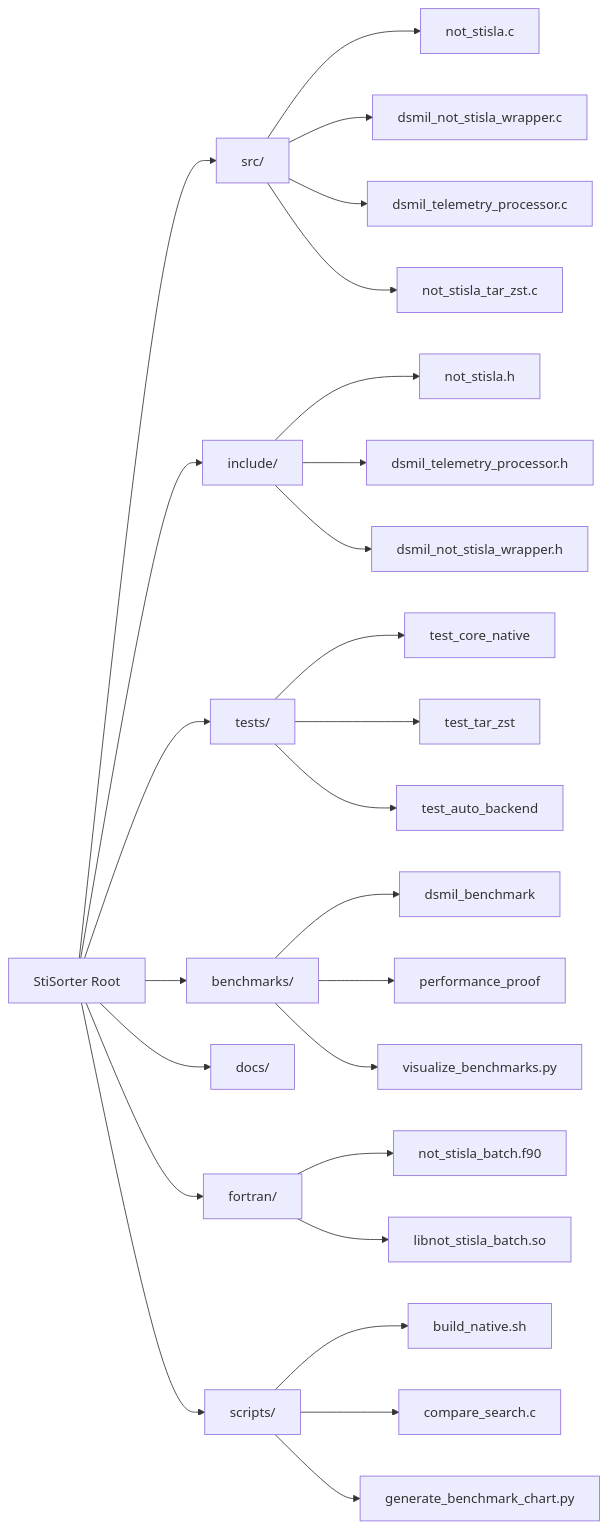
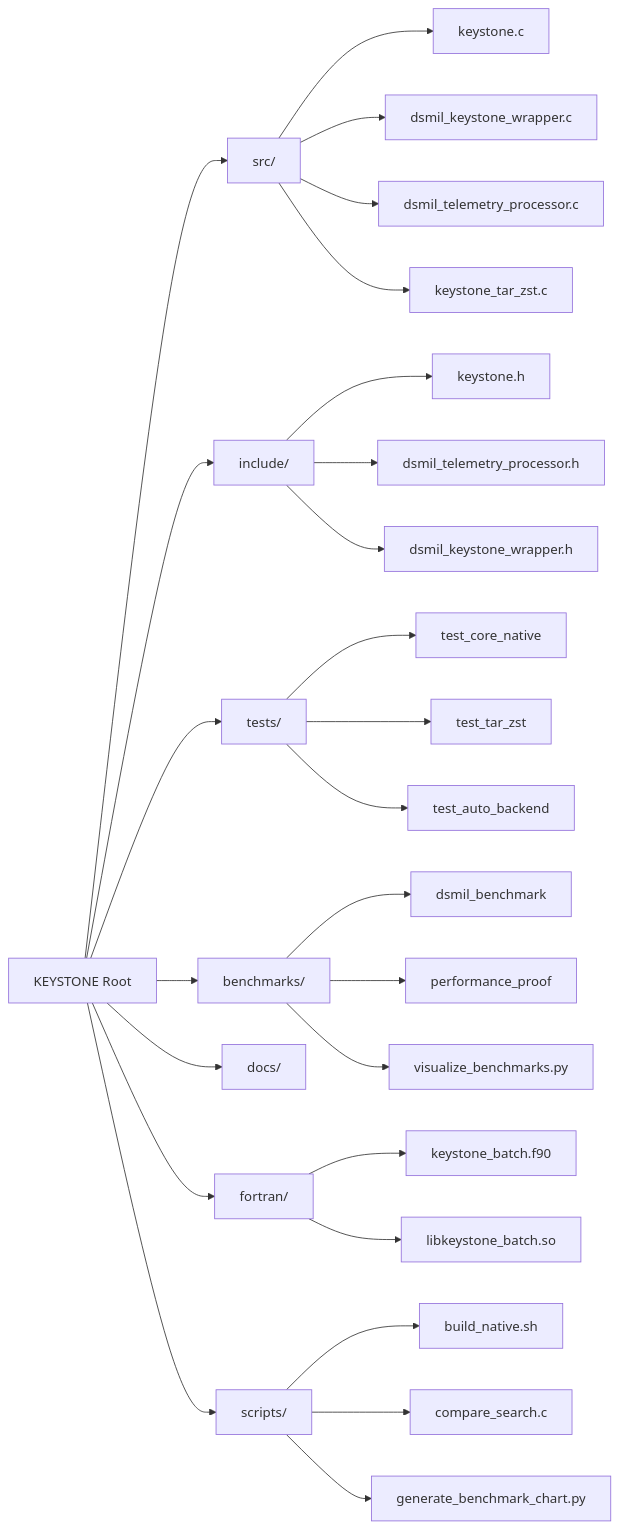
One commit to SWORDIntel/KEYSTONE changed the second of 3 diagrams in README.md. Above: the diagram before and after it, drawn with Mermaid. The commit also changed other lines of this file and 44 other files, not shown here.

Commit message:
chore: rebrand NOT_STISLA/StiSorter to KEYSTONE

````diff
--- a/README.md
+++ b/README.md
@@ -92,34 +92,34 @@
 ```mermaid
 flowchart LR
-    Root[StiSorter Root] --> S[src/]
+    Root[KEYSTONE Root] --> S[src/]
     Root --> I[include/]
     Root --> T[tests/]
     Root --> B[benchmarks/]
     Root --> D[docs/]
     Root --> F[fortran/]
     Root --> SC[scripts/]
 
-    S --> C1[not_stisla.c]
-    S --> C2[dsmil_not_stisla_wrapper.c]
+    S --> C1[keystone.c]
+    S --> C2[dsmil_keystone_wrapper.c]
     S --> C3[dsmil_telemetry_processor.c]
-    S --> C4[not_stisla_tar_zst.c]
+    S --> C4[keystone_tar_zst.c]
 
-    I --> H1[not_stisla.h]
+    I --> H1[keystone.h]
     I --> H2[dsmil_telemetry_processor.h]
-    I --> H3[dsmil_not_stisla_wrapper.h]
+    I --> H3[dsmil_keystone_wrapper.h]
 
     T --> E1[test_core_native]
     T --> E2[test_tar_zst]
     T --> E3[test_auto_backend]
 
     B --> BM1[dsmil_benchmark]
     B --> BM2[performance_proof]
     B --> VIZ[visualize_benchmarks.py]
 
-    F --> F90[not_stisla_batch.f90]
-    F --> FSO[libnot_stisla_batch.so]
+    F --> F90[keystone_batch.f90]
+    F --> FSO[libkeystone_batch.so]
 
     SC --> BN[build_native.sh]
     SC --> CMP[compare_search.c]
     SC --> CHART[generate_benchmark_chart.py]
 ```
````
